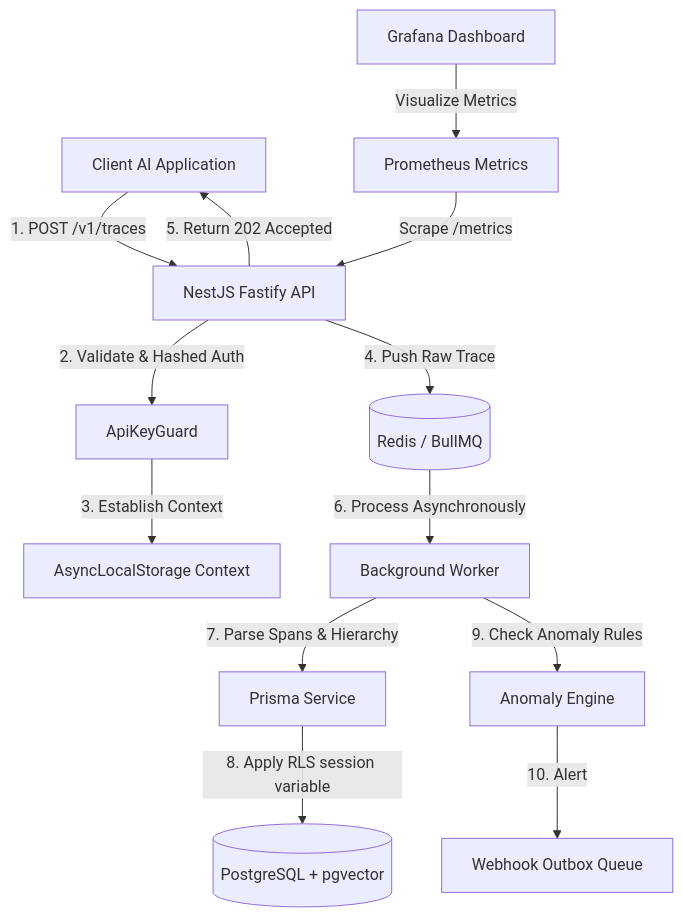
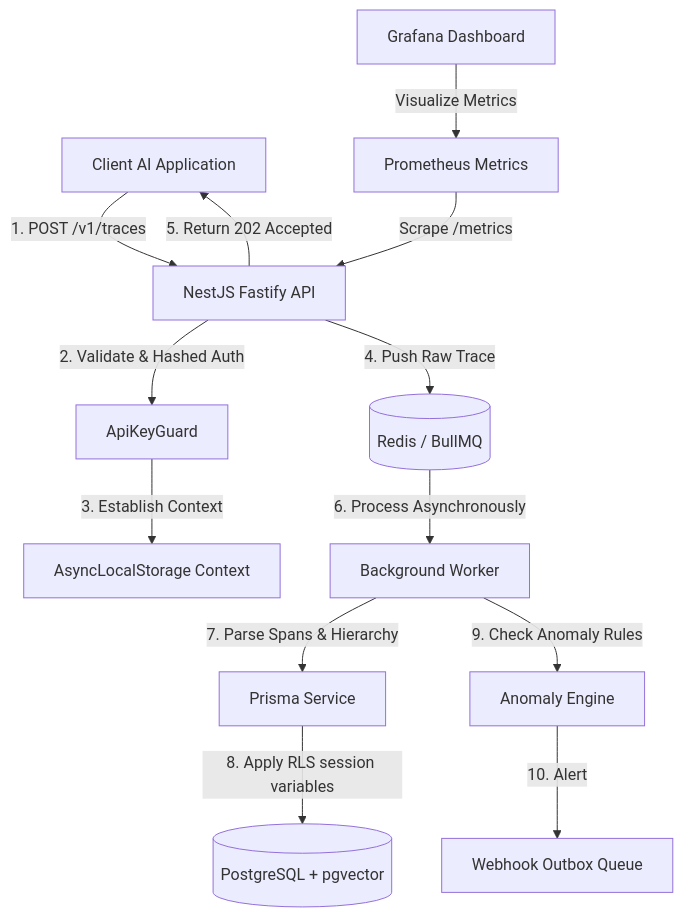
One commit to sidharth-shangonda/AI-Agent-Observability-Platform changed the diagram in README.md. Above: the diagram before and after it, drawn with Mermaid. The commit also changed other lines of this file, not shown here.

Commit message:
docs: completely rewrite README with system overview, architecture, design decisions, metrics, and setup guide

````diff
--- a/README.md
+++ b/README.md
@@ -40,18 +27,18 @@
 ```mermaid
 graph TD
     Client[Client AI Application] -->|1. POST /v1/traces| API[NestJS Fastify API]
     API -->|2. Validate & Hashed Auth| Guard[ApiKeyGuard]
     Guard -->|3. Establish Context| ALS[AsyncLocalStorage Context]
     API -->|4. Push Raw Trace| Queue[(Redis / BullMQ)]
     API -->|5. Return 202 Accepted| Client
     
     Queue -->|6. Process Asynchronously| Worker[Background Worker]
     Worker -->|7. Parse Spans & Hierarchy| Prisma[Prisma Service]
-    Prisma -->|8. Apply RLS session variable| DB[(PostgreSQL + pgvector)]
+    Prisma -->|8. Apply RLS session variables| DB[(PostgreSQL + pgvector)]
     
     Worker -->|9. Check Anomaly Rules| Engine[Anomaly Engine]
     Engine -->|10. Alert| Webhook[Webhook Outbox Queue]
     
     Prometheus[Prometheus Metrics] -->|Scrape /metrics| API
     Grafana[Grafana Dashboard] -->|Visualize Metrics| Prometheus
 ```
````
